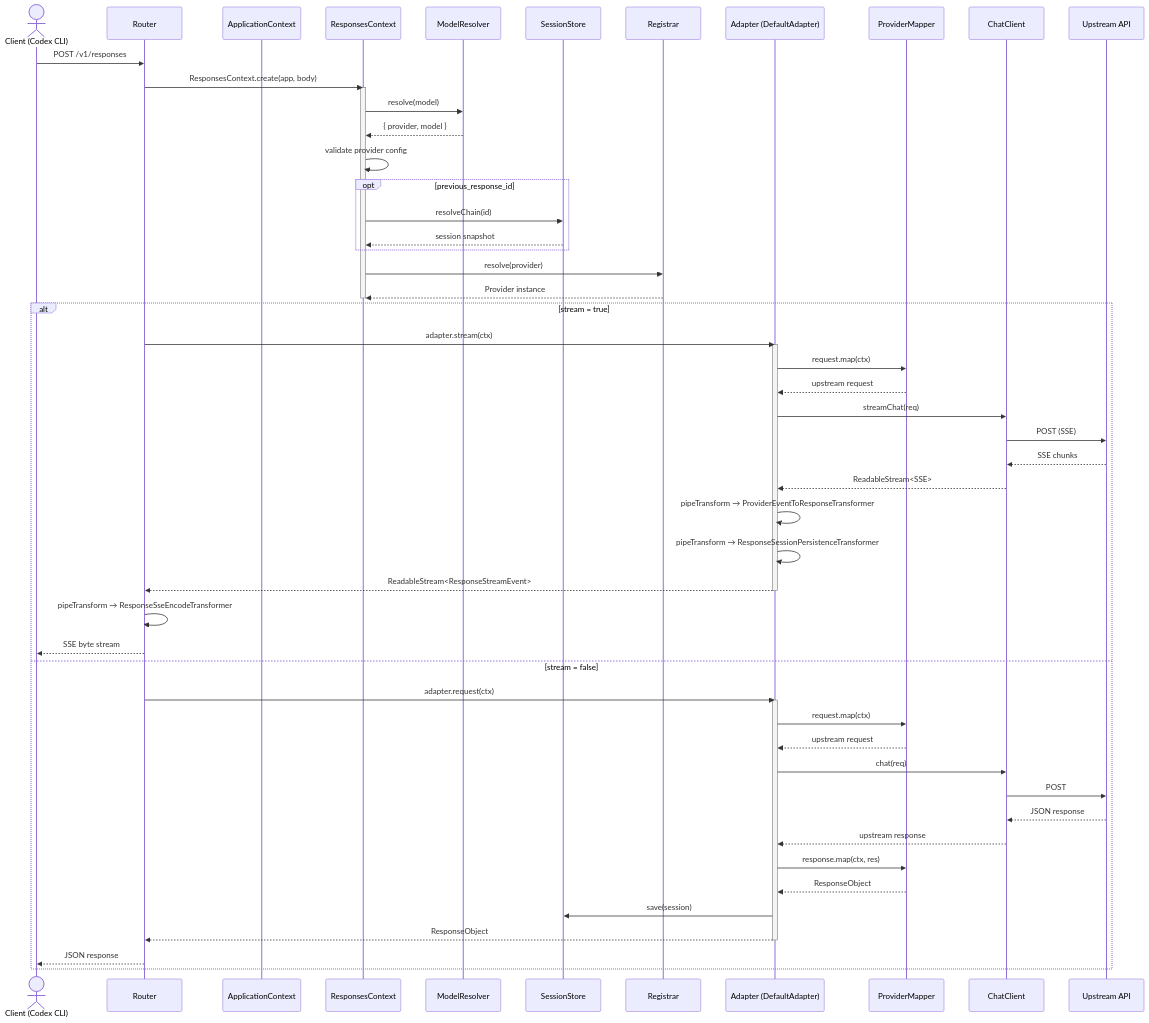
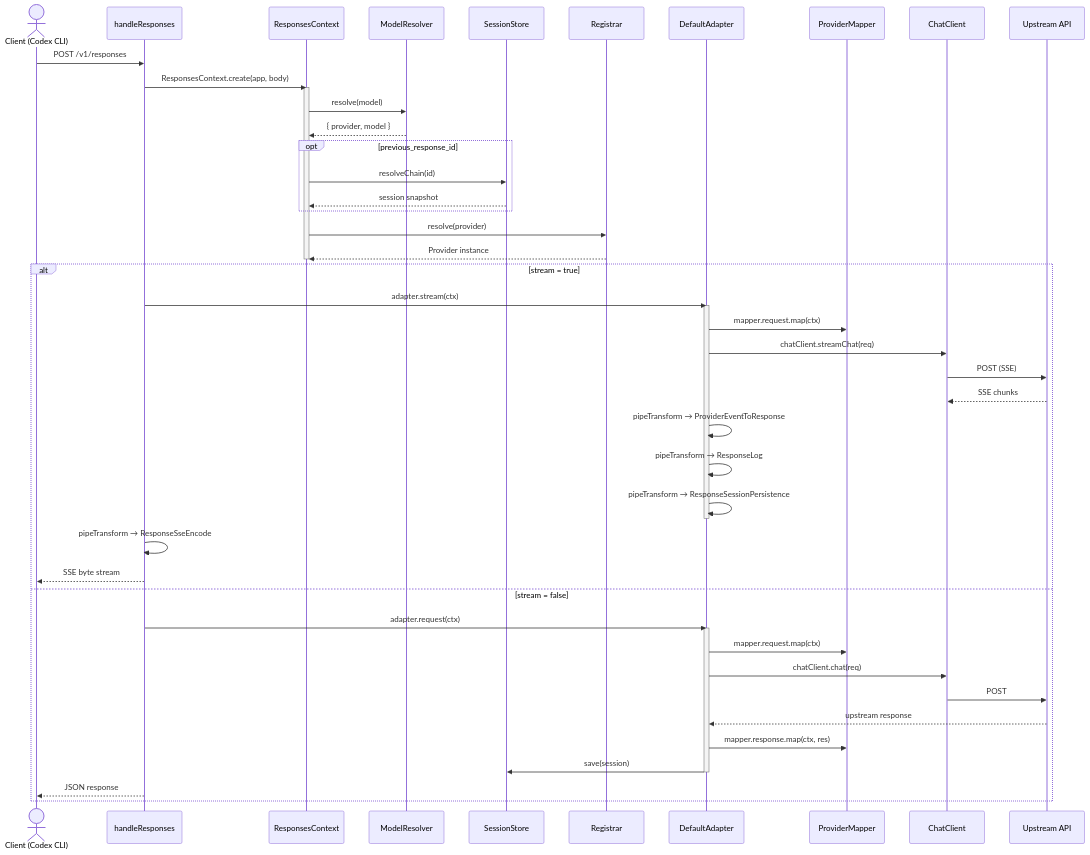
The third of 4 diagrams in README.md (zamelee/GodeX), drawn with Mermaid before and after one commit. The commit also changed other lines of this file and 1 other file, not shown here.

````diff
--- a/README.md
+++ b/README.md
@@ -95,63 +211,52 @@
 ```mermaid
 sequenceDiagram
   actor C as Client (Codex CLI)
-  participant R as Router
-  participant AC as ApplicationContext
+  participant H as handleResponses
   participant RC as ResponsesContext
   participant MR as ModelResolver
   participant SS as SessionStore
   participant REG as Registrar
-  participant A as Adapter (DefaultAdapter)
+  participant A as DefaultAdapter
   participant PM as ProviderMapper
   participant CC as ChatClient
   participant UP as Upstream API
 
-  C->>R: POST /v1/responses
-  R->>RC: ResponsesContext.create(app, body)
-
+  C->>H: POST /v1/responses
+  H->>RC: ResponsesContext.create(app, body)
   activate RC
     RC->>MR: resolve(model)
     MR-->>RC: { provider, model }
-    RC->>RC: validate provider config
-
     opt previous_response_id
       RC->>SS: resolveChain(id)
       SS-->>RC: session snapshot
     end
-
     RC->>REG: resolve(provider)
     REG-->>RC: Provider instance
   deactivate RC
 
   alt stream = true
-    R->>A: adapter.stream(ctx)
+    H->>A: adapter.stream(ctx)
     activate A
-      A->>PM: request.map(ctx)
-      PM-->>A: upstream request
-      A->>CC: streamChat(req)
+      A->>PM: mapper.request.map(ctx)
+      A->>CC: chatClient.streamChat(req)
       CC->>UP: POST (SSE)
       UP-->>CC: SSE chunks
-      CC-->>A: ReadableStream<SSE>
-      A->>A: pipeTransform → ProviderEventToResponseTransformer
-      A->>A: pipeTransform → ResponseSessionPersistenceTransformer
-      A-->>R: ReadableStream<ResponseStreamEvent>
+      A->>A: pipeTransform → ProviderEventToResponse
+      A->>A: pipeTransform → ResponseLog
+      A->>A: pipeTransform → ResponseSessionPersistence
     deactivate A
-    R->>R: pipeTransform → ResponseSseEncodeTransformer
-    R-->>C: SSE byte stream
+    H->>H: pipeTransform → ResponseSseEncode
+    H-->>C: SSE byte stream
   else stream = false
-    R->>A: adapter.request(ctx)
+    H->>A: adapter.request(ctx)
     activate A
-      A->>PM: request.map(ctx)
-      PM-->>A: upstream request
-      A->>CC: chat(req)
+      A->>PM: mapper.request.map(ctx)
+      A->>CC: chatClient.chat(req)
       CC->>UP: POST
-      UP-->>CC: JSON response
-      CC-->>A: upstream response
-      A->>PM: response.map(ctx, res)
-      PM-->>A: ResponseObject
+      UP-->>A: upstream response
+      A->>PM: mapper.response.map(ctx, res)
       A->>SS: save(session)
-      A-->>R: ResponseObject
     deactivate A
-    R-->>C: JSON response
+    H-->>C: JSON response
   end
 ```
````
